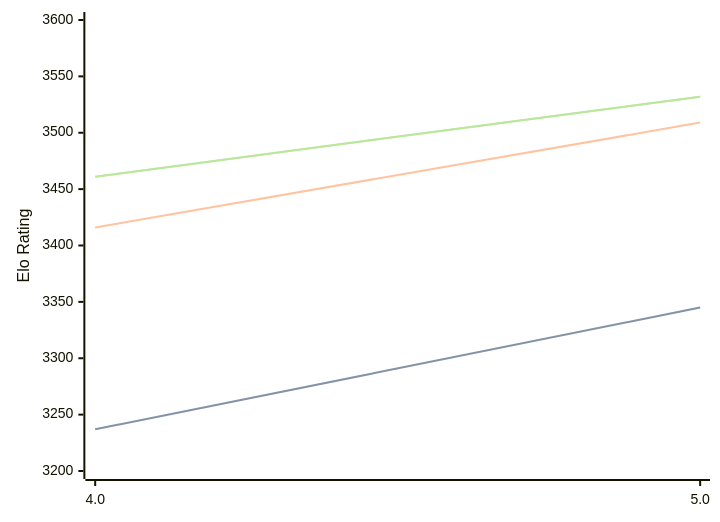
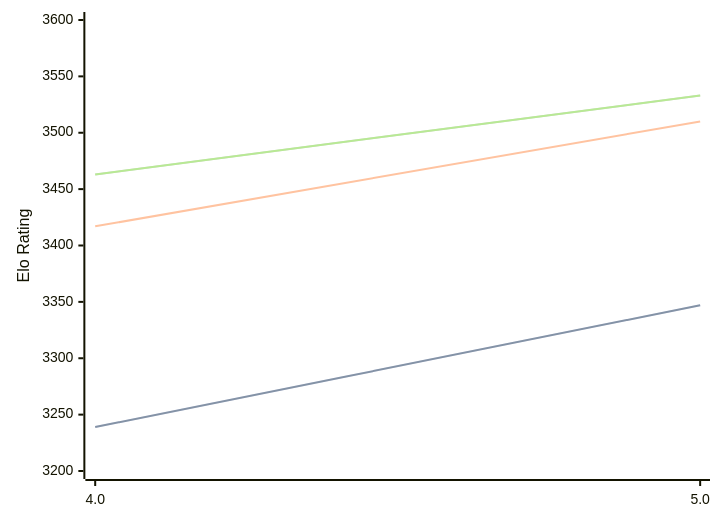
Before and after one commit to computer-chess-index/cci: the diagram in engines/Tarnished.md, drawn with Mermaid. The commit also changed other lines of this file, not shown here.

Commit message:
Update CCI Ratings (ELO VLTC) - 2026-06-11

````diff
--- a/engines/Tarnished.md
+++ b/engines/Tarnished.md
@@ -36,11 +37,11 @@
 ```mermaid
 %%{init: {"theme":"base","themeVariables":{"seriesColors:['#a3a3a3','#222221','#faa371']}}}%%
 xychart-beta
   x-axis ["4.0", "5.0"]
   y-axis "Elo Rating" 3200 --> 3600
-  line "STC (8.0+0.08s)" [3237, 3345]
-  line "STC (8.0+0.08s)" [3237, 3345]
-  line "LTC (60.0+0.60s)" [3416, 3509]
-  line "VLTC (2m24s+1.12s)" [3461, 3532]
-  line "VLTC (2m24s+1.12s)" [3461, 3532]
+  line "STC (8.0+0.08s)" [3239, 3347]
+  line "STC (8.0+0.08s)" [3239, 3347]
+  line "LTC (60.0+0.60s)" [3417, 3510]
+  line "VLTC (2m24s+1.12s)" [3463, 3533]
+  line "VLTC (2m24s+1.12s)" [3463, 3533]
 ```
````
